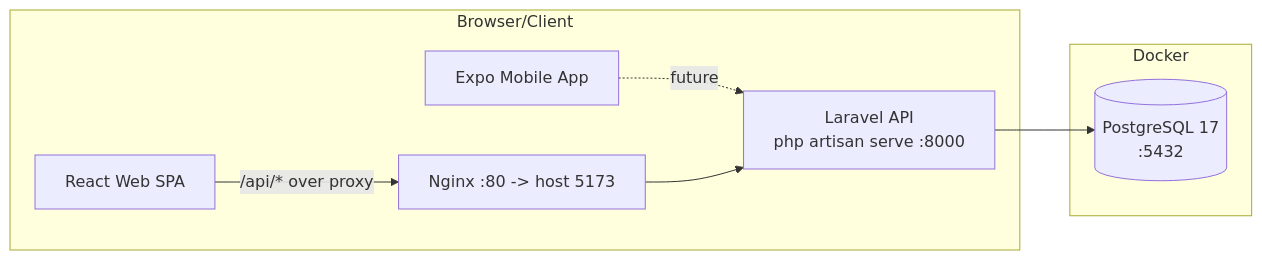
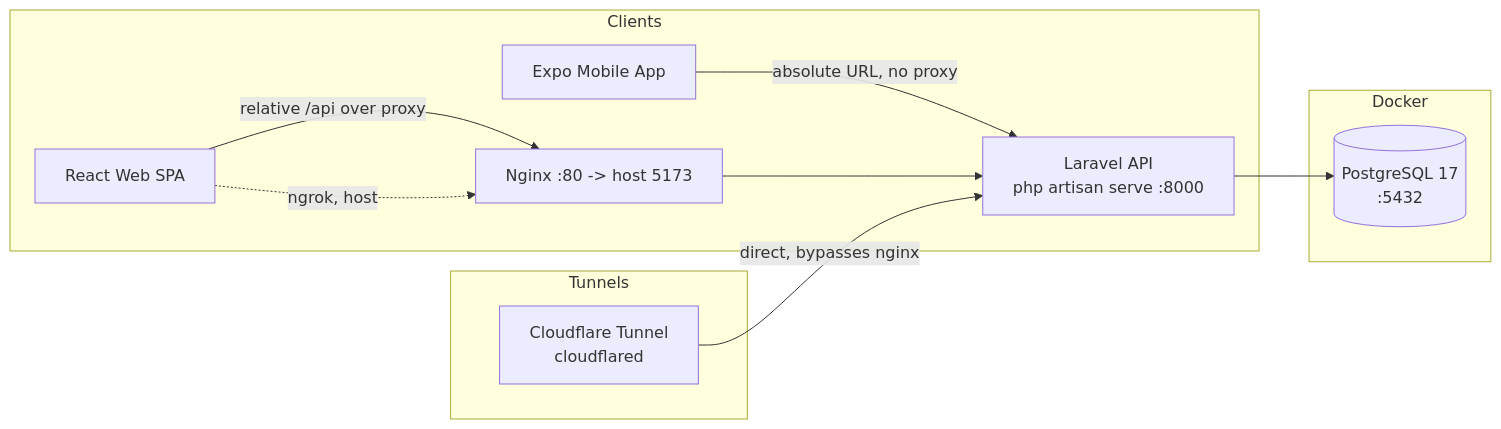
One commit to Jiwonieee19/JALIKUD changed the diagram in README.md. Above: the diagram before and after it, drawn with Mermaid. The commit also changed other lines of this file and 9 other files, not shown here.

Commit message:
feat: modified the deployment stack from  a sole ngrok into a dual flow: ngrok -> frontend || cloudflare --> backend

````diff
--- a/README.md
+++ b/README.md
@@ -84,12 +85,19 @@
 ```mermaid
 graph LR
-    subgraph Browser/Client
-        FE[React Web SPA] -->|/api/* over proxy| NG
-        M[Expo Mobile App] -.->|future| API
+    subgraph Clients
+        FE[React Web SPA] -->|relative /api over proxy| NG
+        M[Expo Mobile App] -->|absolute URL, no proxy| API
+    end
+
+    subgraph Tunnels
+        CF[Cloudflare Tunnel<br/>cloudflared]
     end
 
     subgraph Docker
         NG[Nginx :80 -> host 5173] --> API
+        CF -->|direct, bypasses nginx| API
         API[Laravel API<br/>php artisan serve :8000] --> DB[(PostgreSQL 17<br/>:5432)]
     end
+
+    FE -.->|ngrok, host| NG
 ```
````
